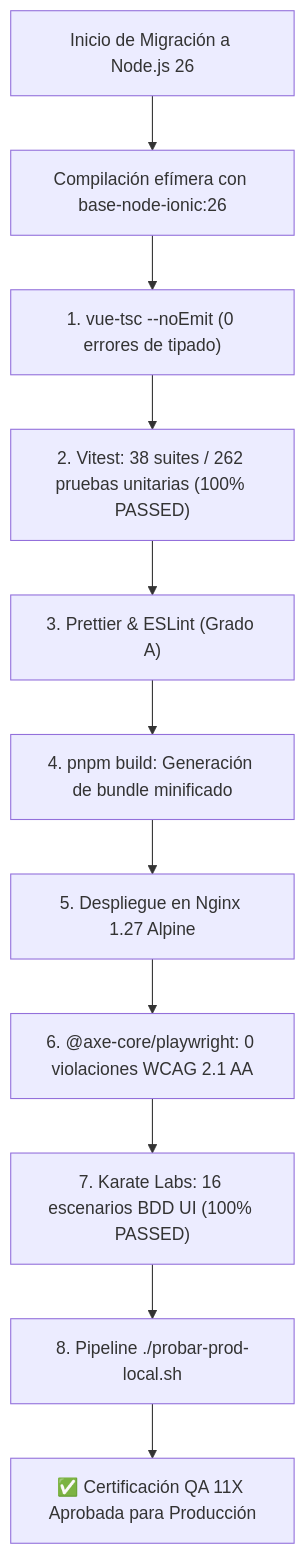
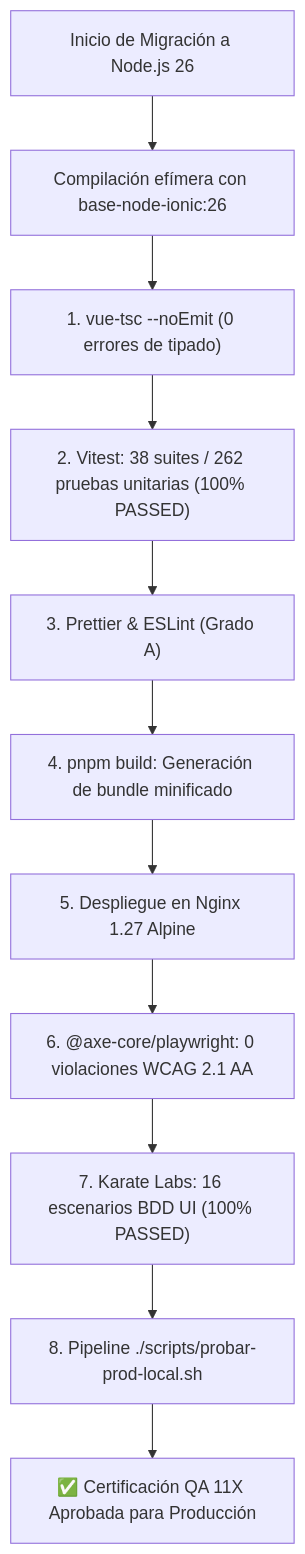
Before and after one commit to tecno-consultores/RoSGrid: the second of 2 diagrams in docs/11_REPORTE_INVESTIGACION_NODE_26.md, drawn with Mermaid. The commit also changed 38 other files, not shown here.

````diff
--- a/docs/11_REPORTE_INVESTIGACION_NODE_26.md
+++ b/docs/11_REPORTE_INVESTIGACION_NODE_26.md
@@ -161,16 +161,16 @@
 ```mermaid
 flowchart TD
     Start["Inicio de Migración a Node.js 26"] --> DockerBuild["Compilación efímera con base-node-ionic:26"]
     
     DockerBuild --> TypeCheck["1. vue-tsc --noEmit (0 errores de tipado)"]
     TypeCheck --> UnitTests["2. Vitest: 38 suites / 262 pruebas unitarias (100% PASSED)"]
     UnitTests --> Lint["3. Prettier & ESLint (Grado A)"]
     Lint --> ProdBuild["4. pnpm build: Generación de bundle minificado"]
     
     ProdBuild --> NginxProd["5. Despliegue en Nginx 1.27 Alpine"]
     NginxProd --> AxeCore["6. @axe-core/playwright: 0 violaciones WCAG 2.1 AA"]
     AxeCore --> Karate["7. Karate Labs: 16 escenarios BDD UI (100% PASSED)"]
-    Karate --> LocalProd["8. Pipeline ./probar-prod-local.sh"]
+    Karate --> LocalProd["8. Pipeline ./scripts/probar-prod-local.sh"]
     
     LocalProd --> SignOff["✅ Certificación QA 11X Aprobada para Producción"]
 ```
````
